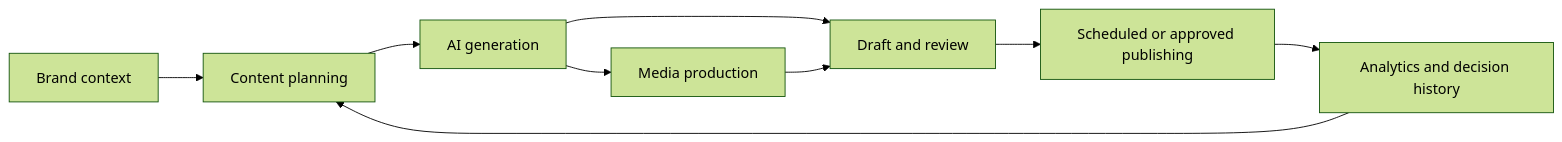
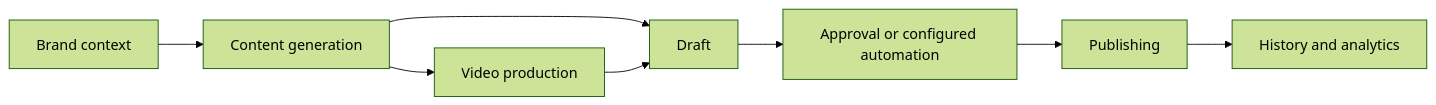
Before and after one commit to emamoreno7/emamoreno7: the diagram in showcase/autopilot.md, drawn with Mermaid (forest theme). The commit also changed other lines of this file, not shown here.

````diff
--- a/showcase/autopilot.md
+++ b/showcase/autopilot.md
@@ -11,11 +9,10 @@
 ```mermaid
 flowchart LR
-    A[Brand context] --> B[Content planning]
-    B --> C[AI generation]
-    C --> D[Draft and review]
-    D --> E[Scheduled or approved publishing]
-    C --> F[Media production]
-    F --> D
-    E --> G[Analytics and decision history]
-    G --> B
+    A[Brand context] --> B[Content generation]
+    B --> C[Draft]
+    B --> D[Video production]
+    D --> C
+    C --> E[Approval or configured automation]
+    E --> F[Publishing]
+    F --> G[History and analytics]
 ```
````
